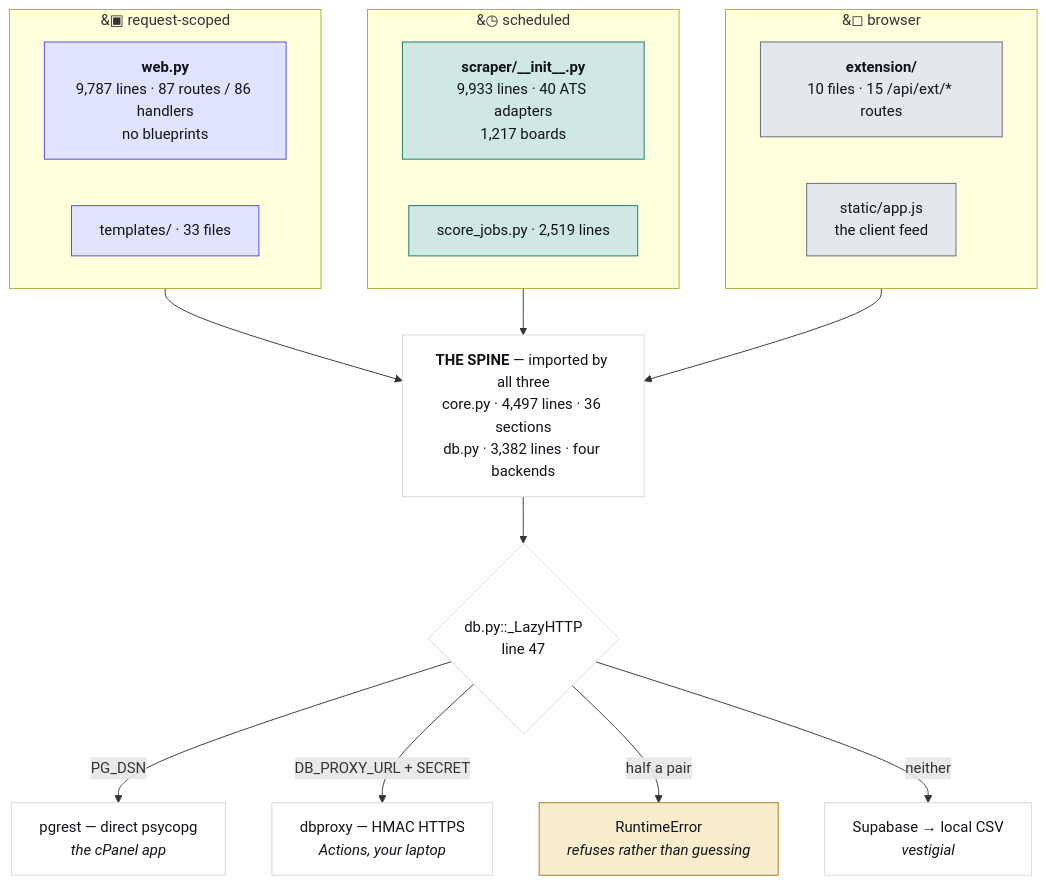
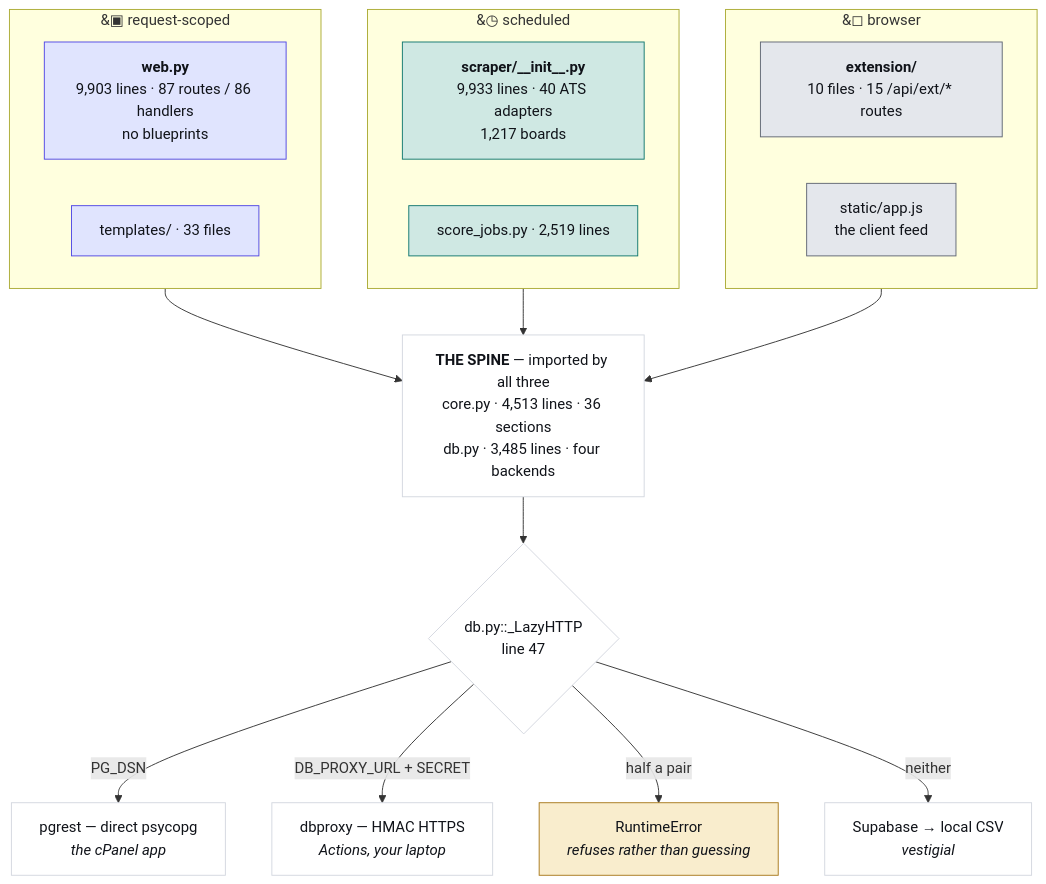
One commit to hadakunal909-debug/job-search-tool changed the first of 4 diagrams in JobMatch Scraper/docs/ARCHITECTURE.md. Above: the diagram before and after it, drawn with Mermaid. The commit also changed other lines of this file and 12 other files, not shown here.

````diff
--- a/JobMatch Scraper/docs/ARCHITECTURE.md
+++ b/JobMatch Scraper/docs/ARCHITECTURE.md
@@ -45,34 +45,34 @@
 ```mermaid
 flowchart TB
   subgraph REQ["&#9635; request-scoped"]
-    W["<b>web.py</b><br/>9,787 lines · 87 routes / 86 handlers<br/>no blueprints"]
+    W["<b>web.py</b><br/>9,903 lines · 87 routes / 86 handlers<br/>no blueprints"]
     T["templates/ · 33 files"]
   end
   subgraph SCH["&#9719; scheduled"]
     S["<b>scraper/__init__.py</b><br/>9,933 lines · 40 ATS adapters<br/>1,217 boards"]
     J["score_jobs.py · 2,519 lines"]
   end
   subgraph CLI["&#9723; browser"]
     E["<b>extension/</b><br/>10 files · 15 /api/ext/* routes"]
     A["static/app.js<br/>the client feed"]
   end
-  SPINE["<b>THE SPINE</b> — imported by all three<br/>core.py · 4,497 lines · 36 sections<br/>db.py · 3,382 lines · four backends"]
+  SPINE["<b>THE SPINE</b> — imported by all three<br/>core.py · 4,513 lines · 36 sections<br/>db.py · 3,485 lines · four backends"]
   REQ --> SPINE
   SCH --> SPINE
   CLI --> SPINE
   SPINE --> D{"db.py::_LazyHTTP<br/>line 47"}
   D -->|"PG_DSN"| P["pgrest — direct psycopg<br/><i>the cPanel app</i>"]
   D -->|"DB_PROXY_URL + SECRET"| X["dbproxy — HMAC HTTPS<br/><i>Actions, your laptop</i>"]
   D -->|"half a pair"| R["RuntimeError<br/><i>refuses rather than guessing</i>"]
   D -->|"neither"| V["Supabase → local CSV<br/><i>vestigial</i>"]
   classDef web fill:#e0e4fe,stroke:#4f46e5,color:#101319
   classDef sched fill:#cfe8e3,stroke:#0f766e,color:#101319
   classDef client fill:#e4e7ec,stroke:#5f6573,color:#101319
   classDef trap fill:#f9edcd,stroke:#a8781a,color:#101319
   classDef plain fill:#ffffff,stroke:#d3d7df,color:#101319
   class W,T web
   class S,J sched
   class E,A client
   class R trap
   class SPINE,D,P,X,V plain
 ```
````
